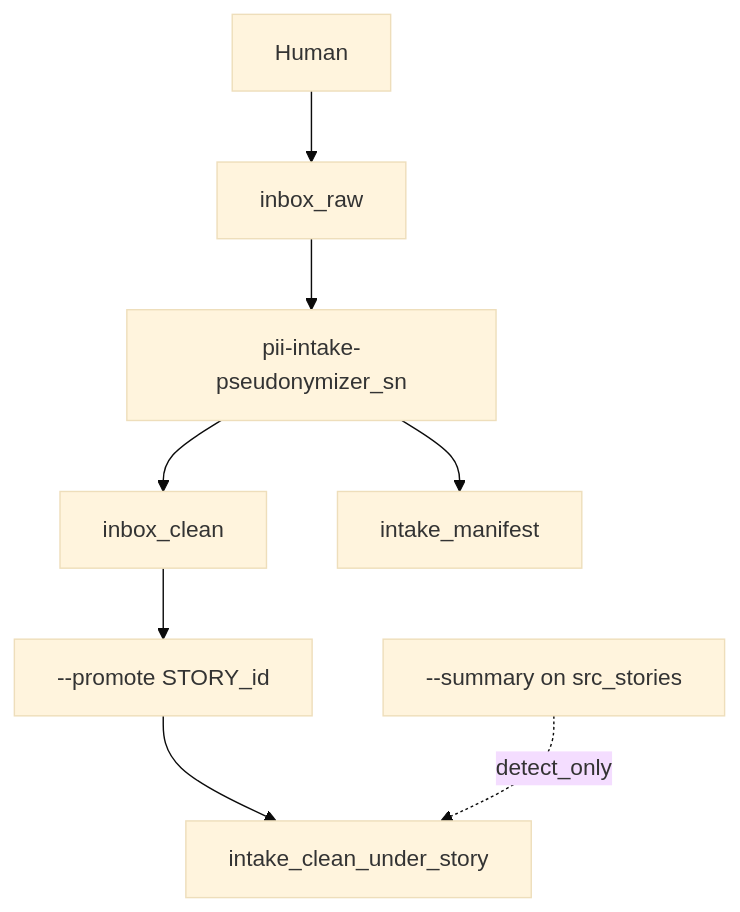
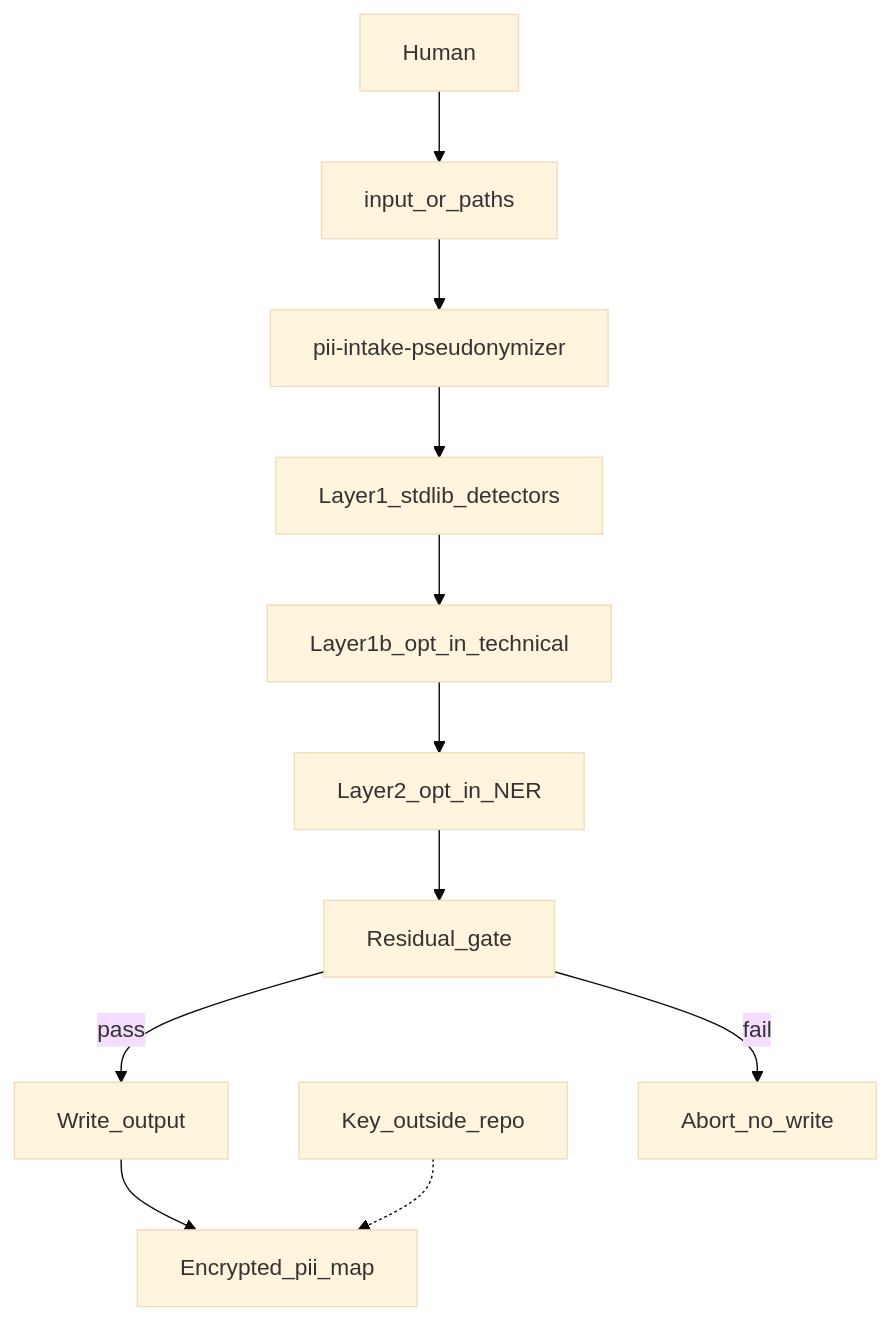
Before and after one commit to alkitect/pii-intake-pseudonymizer-sn: the diagram in docs/architecture/README.md, drawn with Mermaid (base theme). The commit also changed other lines of this file and 13 other files, not shown here.

First line of the commit message:
docs(docs): document Layer 1b technical scrub for SN layout

````diff
--- a/docs/architecture/README.md
+++ b/docs/architecture/README.md
@@ -15,15 +17,20 @@
 ```mermaid
 flowchart TB
   human[Human]
-  raw[inbox_raw]
-  cli[pii-intake-pseudonymizer_sn]
-  clean[inbox_clean]
-  manifest[intake_manifest]
-  promote["--promote STORY_id"]
-  story[intake_clean_under_story]
-  gate["--summary on src_stories"]
-  human --> raw --> cli --> clean
-  cli --> manifest
-  clean --> promote --> story
-  gate -.->|detect_only| story
+  input[input_or_paths]
+  cli[pii-intake-pseudonymizer]
+  layer1[Layer1_stdlib_detectors]
+  layer1b[Layer1b_opt_in_technical]
+  layer2[Layer2_opt_in_NER]
+  residual[Residual_gate]
+  write[Write_output]
+  map[Encrypted_pii_map]
+  key[Key_outside_repo]
+  abort[Abort_no_write]
+  human --> input --> cli
+  cli --> layer1 --> layer1b --> layer2 --> residual
+  residual -->|pass| write
+  residual -->|fail| abort
+  write --> map
+  key -.-> map
 ```
````
